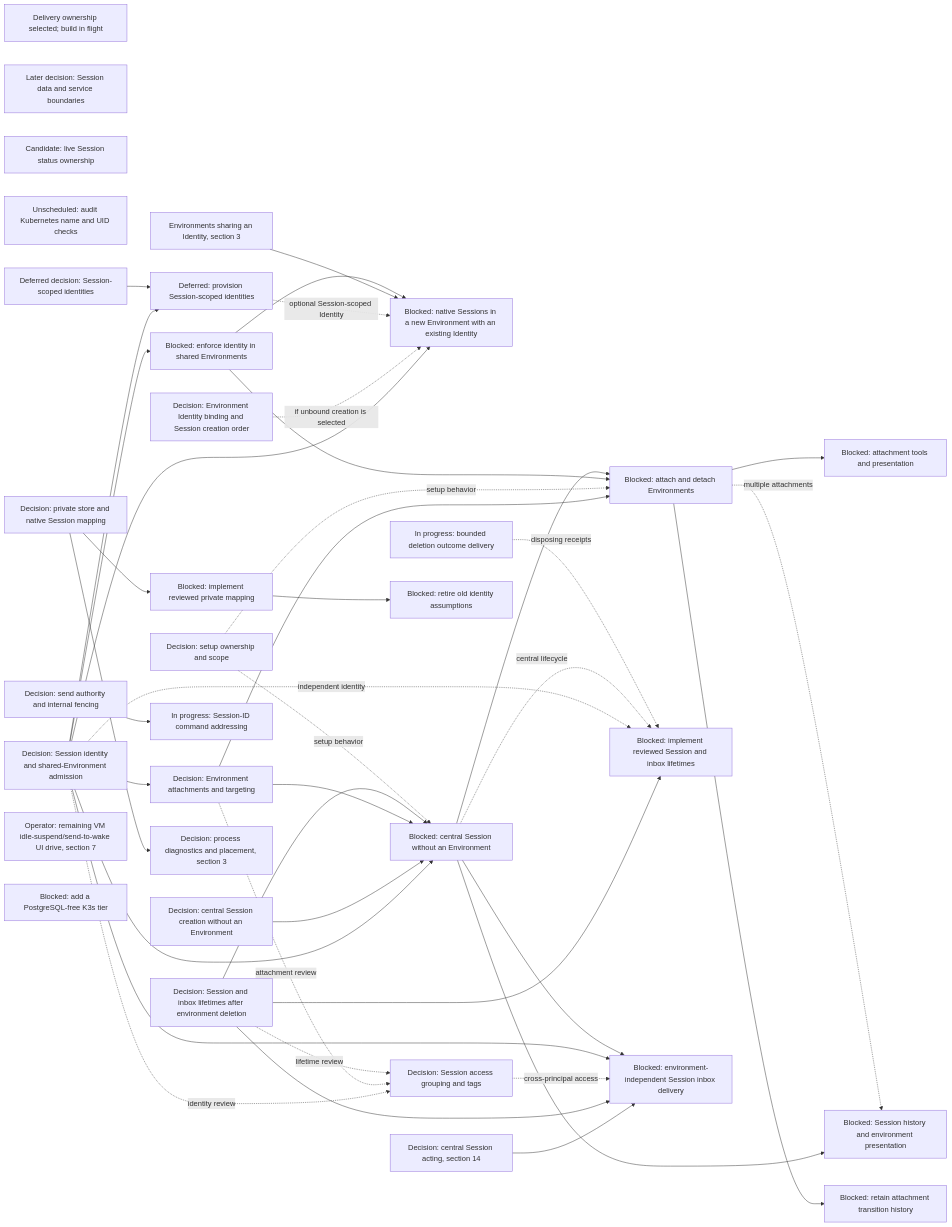
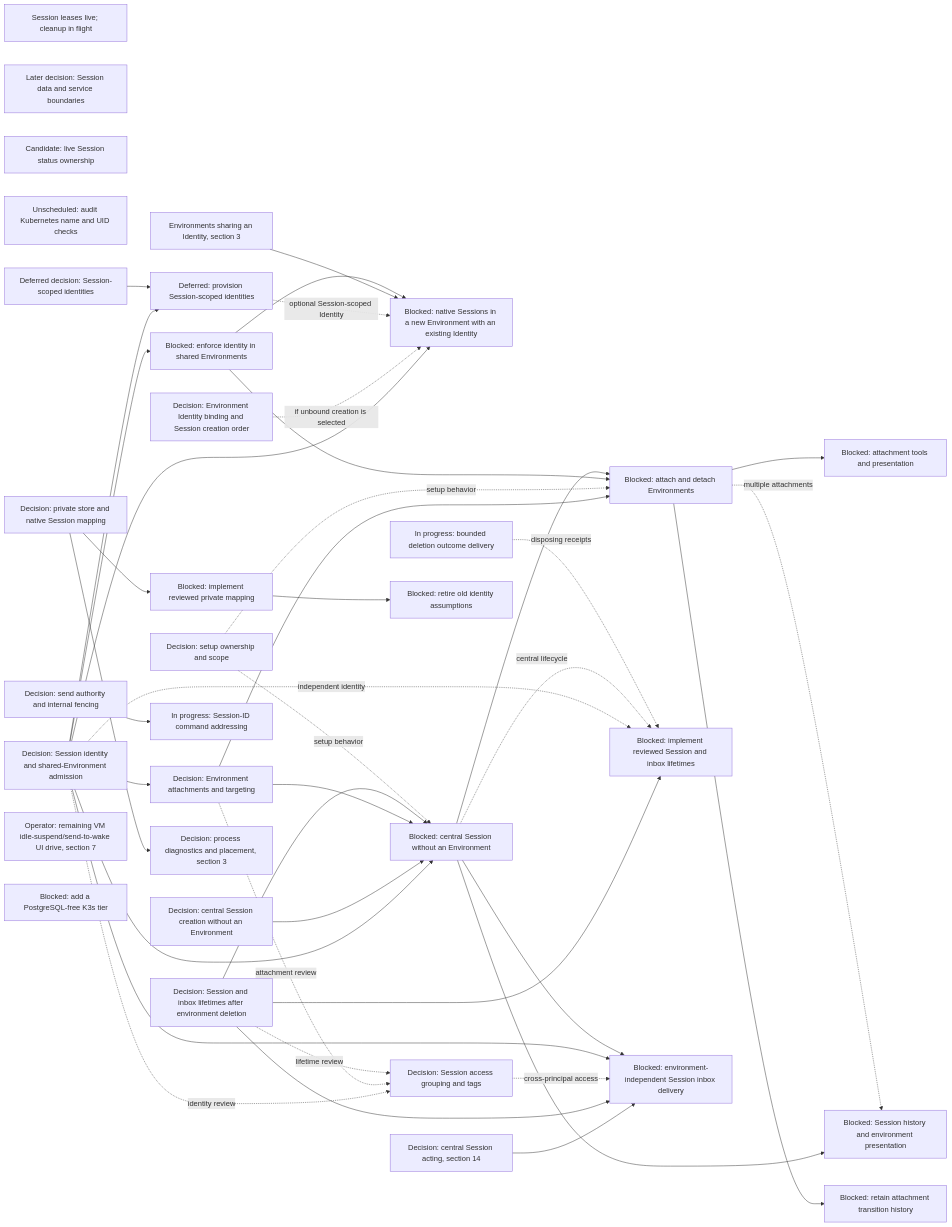
One commit to agentydragon/ducktape changed diagram 15 of 20 in agentplane/plans/task_dag.md. Above: the diagram before and after it, drawn with Mermaid. The commit also changed other lines of this file and 1 other file, not shown here.

First line of the commit message:
Burn down Gateway-era Go names and record the delivery lease rollout

````diff
--- a/agentplane/plans/task_dag.md
+++ b/agentplane/plans/task_dag.md
@@ -2422,73 +2420,73 @@
 ```mermaid
 flowchart LR
-    DISPATCHER_PERSISTENCE_MODEL_DESIGN[Delivery ownership selected; build in flight]
+    DISPATCHER_PERSISTENCE_MODEL_DESIGN[Session leases live; cleanup in flight]
     SESSION_DATA_OWNERSHIP_DESIGN[Later decision: Session data and service boundaries]
     SESSION_LIVE_STATUS_OWNERSHIP_DESIGN[Candidate: live Session status ownership]
     KUBERNETES_UID_CHECK_AUDIT[Unscheduled: audit Kubernetes name and UID checks]
     SESSION_IDENTITY_CONTRACT[Decision: Session identity and shared-Environment admission]
     ENVIRONMENT_IDENTITY_BINDING_DESIGN[Decision: Environment Identity binding and Session creation order]
     SESSION_IDENTITY_PROVISIONING_DESIGN[Deferred decision: Session-scoped identities]
     SESSION_MANAGED_IDENTITY[Deferred: provision Session-scoped identities]
     SESSION_NATIVE_IDENTITY_WORKFLOW[Blocked: native Sessions in a new Environment with an existing Identity]
     ENVIRONMENT_SHARED_IDENTITY[Environments sharing an Identity, section 3]
     SESSION_ACCESS_GROUPING_DESIGN[Decision: Session access grouping and tags]
     CENTRAL_SESSION_CREATION_CONTRACT[Decision: central Session creation without an Environment]
     SESSION_ATTACHMENT_CONTRACT[Decision: Environment attachments and targeting]
     SESSION_ENVIRONMENT_SETUP_DESIGN[Decision: setup ownership and scope]
     SESSION_IDENTITY_ENFORCEMENT[Blocked: enforce identity in shared Environments]
     CENTRAL_SESSION_WITHOUT_ENVIRONMENT[Blocked: central Session without an Environment]
     SESSION_ENV_ATTACHMENTS[Blocked: attach and detach Environments]
     SESSION_ATTACHMENT_SURFACES[Blocked: attachment tools and presentation]
     SESSION_ATTACHMENT_HISTORY[Blocked: retain attachment transition history]
     SESSION_LIFETIME_IMPLEMENTATION[Blocked: implement reviewed Session and inbox lifetimes]
     CENTRAL_SESSION_NOTIFICATIONS[Blocked: environment-independent Session inbox delivery]
     DELIVERY_DESTINATION_AUTHORITY_DESIGN[Decision: send authority and internal fencing]
     SESSION_DELETION_FENCE[In progress: bounded deletion outcome delivery]
     SESSION_AND_INBOX_LIFETIME[Decision: Session and inbox lifetimes after environment deletion]
     DELIVERY_DESTINATION_CONTRACT[In progress: Session-ID command addressing]
     SESSION_HISTORY_PRESENTATION[Blocked: Session history and environment presentation]
     SESSION_IDENTITY_CONTRACT --> CENTRAL_SESSION_WITHOUT_ENVIRONMENT
     CENTRAL_SESSION_ACTING_DESIGN[Decision: central Session acting, section 14] --> CENTRAL_SESSION_NOTIFICATIONS
     CENTRAL_SESSION_CREATION_CONTRACT --> CENTRAL_SESSION_WITHOUT_ENVIRONMENT
     SESSION_ATTACHMENT_CONTRACT --> CENTRAL_SESSION_WITHOUT_ENVIRONMENT
     SESSION_AND_INBOX_LIFETIME --> CENTRAL_SESSION_WITHOUT_ENVIRONMENT
     SESSION_IDENTITY_CONTRACT --> SESSION_IDENTITY_ENFORCEMENT
     SESSION_IDENTITY_CONTRACT --> SESSION_MANAGED_IDENTITY
     SESSION_IDENTITY_PROVISIONING_DESIGN --> SESSION_MANAGED_IDENTITY
     SESSION_IDENTITY_CONTRACT --> SESSION_NATIVE_IDENTITY_WORKFLOW
     ENVIRONMENT_IDENTITY_BINDING_DESIGN -. if unbound creation is selected .-> SESSION_NATIVE_IDENTITY_WORKFLOW
     SESSION_MANAGED_IDENTITY -. optional Session-scoped Identity .-> SESSION_NATIVE_IDENTITY_WORKFLOW
     ENVIRONMENT_SHARED_IDENTITY --> SESSION_NATIVE_IDENTITY_WORKFLOW
     SESSION_IDENTITY_ENFORCEMENT --> SESSION_NATIVE_IDENTITY_WORKFLOW
     SESSION_IDENTITY_CONTRACT --> SESSION_ATTACHMENT_CONTRACT
     SESSION_ATTACHMENT_CONTRACT --> SESSION_ENV_ATTACHMENTS
     SESSION_ENVIRONMENT_SETUP_DESIGN -. setup behavior .-> SESSION_ENV_ATTACHMENTS
     SESSION_ENVIRONMENT_SETUP_DESIGN -. setup behavior .-> CENTRAL_SESSION_WITHOUT_ENVIRONMENT
     SESSION_IDENTITY_ENFORCEMENT --> SESSION_ENV_ATTACHMENTS
     CENTRAL_SESSION_WITHOUT_ENVIRONMENT --> SESSION_ENV_ATTACHMENTS
     SESSION_ENV_ATTACHMENTS --> SESSION_ATTACHMENT_SURFACES
     SESSION_ENV_ATTACHMENTS --> SESSION_ATTACHMENT_HISTORY
     CENTRAL_SESSION_WITHOUT_ENVIRONMENT --> SESSION_HISTORY_PRESENTATION
     SESSION_ENV_ATTACHMENTS -. multiple attachments .-> SESSION_HISTORY_PRESENTATION
     SESSION_AND_INBOX_LIFETIME --> SESSION_LIFETIME_IMPLEMENTATION
     SESSION_IDENTITY_CONTRACT -. independent identity .-> SESSION_LIFETIME_IMPLEMENTATION
     CENTRAL_SESSION_WITHOUT_ENVIRONMENT -. central lifecycle .-> SESSION_LIFETIME_IMPLEMENTATION
     SESSION_DELETION_FENCE -. disposing receipts .-> SESSION_LIFETIME_IMPLEMENTATION
     SESSION_AND_INBOX_LIFETIME --> CENTRAL_SESSION_NOTIFICATIONS
     SESSION_IDENTITY_CONTRACT -. identity review .-> SESSION_ACCESS_GROUPING_DESIGN
     SESSION_ATTACHMENT_CONTRACT -. attachment review .-> SESSION_ACCESS_GROUPING_DESIGN
     SESSION_AND_INBOX_LIFETIME -. lifetime review .-> SESSION_ACCESS_GROUPING_DESIGN
     SESSION_ACCESS_GROUPING_DESIGN -. cross-principal access .-> CENTRAL_SESSION_NOTIFICATIONS
     SESSION_IDENTITY_CONTRACT --> CENTRAL_SESSION_NOTIFICATIONS
     CENTRAL_SESSION_WITHOUT_ENVIRONMENT --> CENTRAL_SESSION_NOTIFICATIONS
     HARNESS_IDENTITY_DESIGN[Decision: private store and native Session mapping]
     RUNNER_STORE_SESSION_IDENTITY[Blocked: implement reviewed private mapping]
     RUNNER_IDENTITY_LEGACY_CLEANUP[Blocked: retire old identity assumptions]
     IDLE_SUSPEND_UI_DRIVE[Operator: remaining VM idle-suspend/send-to-wake UI drive, section 7]
     RUNNER_HARNESS_OBJECTS_DESIGN[Decision: process diagnostics and placement, section 3]
     CNPG_FREE_K3S_INTEGRATION_TIER[Blocked: add a PostgreSQL-free K3s tier]
     DELIVERY_DESTINATION_AUTHORITY_DESIGN --> DELIVERY_DESTINATION_CONTRACT
     RUNNER_STORE_SESSION_IDENTITY --> RUNNER_IDENTITY_LEGACY_CLEANUP
     HARNESS_IDENTITY_DESIGN --> RUNNER_STORE_SESSION_IDENTITY
     HARNESS_IDENTITY_DESIGN --> RUNNER_HARNESS_OBJECTS_DESIGN
 ```
````
